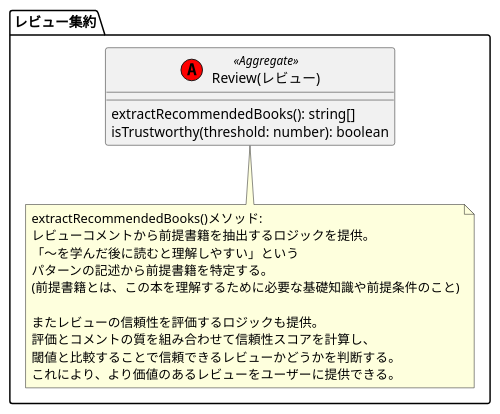
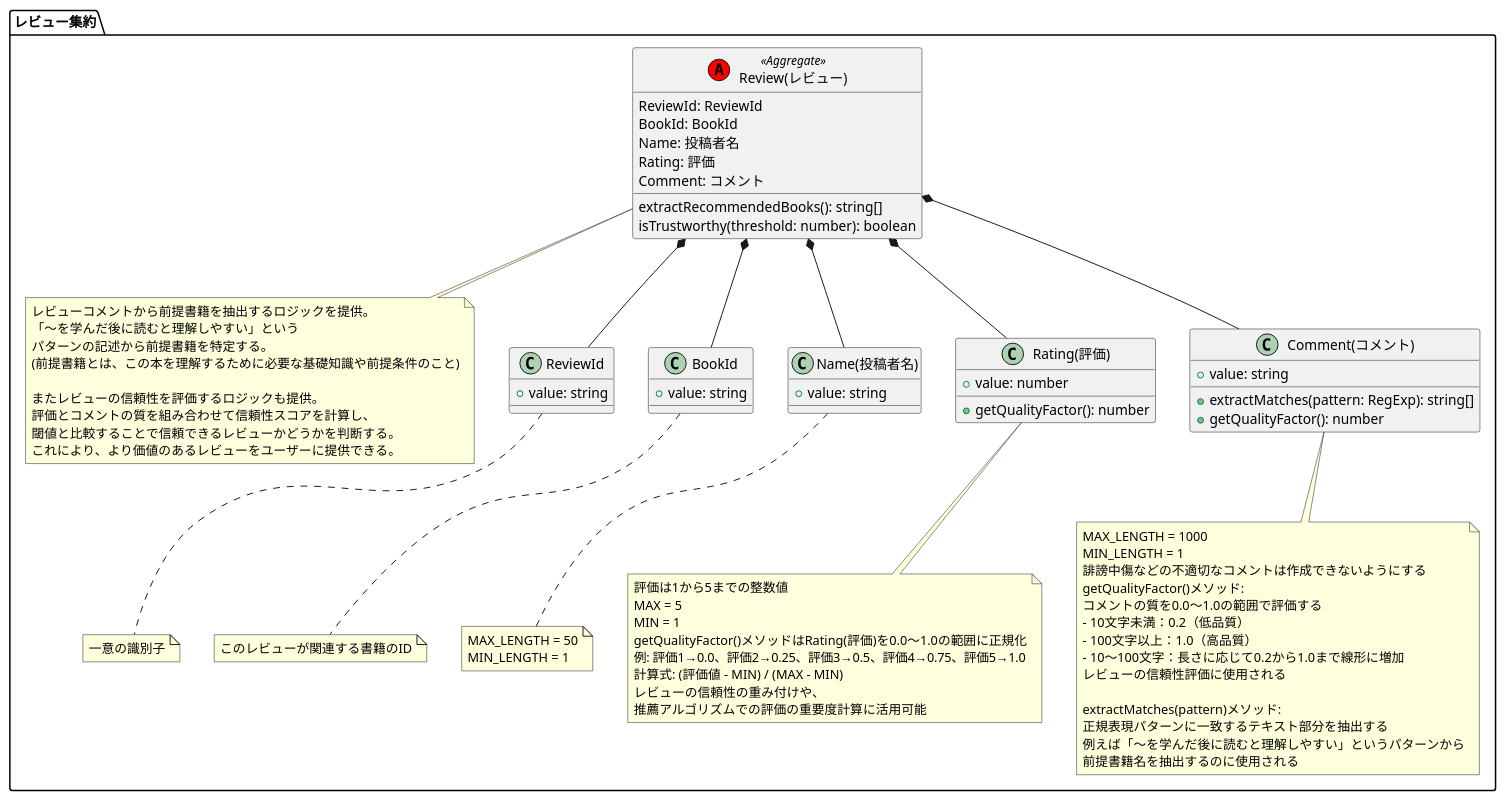
One commit to tkgakr/hands-on-ddd-introduction changed the diagram in CatalogService/Domain/models/Review/Review.pu. Above: the diagram before and after it, drawn with PlantUML. The commit also changed 1 other file, not shown here.

Commit message:
5-3-2-3 必要なインプットの特定

```diff
--- a/CatalogService/Domain/models/Review/Review.pu
+++ b/CatalogService/Domain/models/Review/Review.pu
@@ -1,23 +1,97 @@
 @startuml Review
 package "レビュー集約" {
     ' 1. 集約とポリシーの表現
     class "Review(レビュー)" as Review << (A,red) Aggregate >> {
+        ReviewId: ReviewId
+        BookId: BookId
+        Name: 投稿者名
+        Rating: 評価
+        Comment: コメント
         extractRecommendedBooks(): string[]
         isTrustworthy(threshold: number): boolean
     }
 
     ' 2. ビジネスルールの具体化
     note bottom of Review
-        extractRecommendedBooks()メソッド:
         レビューコメントから前提書籍を抽出するロジックを提供。
         「〜を学んだ後に読むと理解しやすい」という
         パターンの記述から前提書籍を特定する。
         (前提書籍とは、この本を理解するために必要な基礎知識や前提条件のこと)
 
         またレビューの信頼性を評価するロジックも提供。
         評価とコメントの質を組み合わせて信頼性スコアを計算し、
         閾値と比較することで信頼できるレビューかどうかを判断する。
         これにより、より価値のあるレビューをユーザーに提供できる。
     end note
+    ' 3. 必要なインプットの特定
+    class "ReviewId" as ReviewId {
+        + value: string
+    }
+
+    class "BookId" as BookId {
+        + value: string
+    }
+
+    class "Name(投稿者名)" as Name {
+        + value: string
+    }
+
+    class "Rating(評価)" as Rating {
+        + value: number
+        + getQualityFactor(): number
+    }
+
+    class "Comment(コメント)" as Comment {
+        + value: string
+        + extractMatches(pattern: RegExp): string[]
+        + getQualityFactor(): number
+    }
+
+    note bottom of ReviewId
+        一意の識別子
+    end note
+
+    note bottom of BookId
+        このレビューが関連する書籍のID
+    end note
+
+    note bottom of Name
+        MAX_LENGTH = 50
+        MIN_LENGTH = 1
+    end note
+
+    note bottom of Rating
+        評価は1から5までの整数値
+        MAX = 5
+        MIN = 1
+        getQualityFactor()メソッドはRating(評価)を0.0～1.0の範囲に正規化
+        例: 評価1→0.0、評価2→0.25、評価3→0.5、評価4→0.75、評価5→1.0
+        計算式: (評価値 - MIN) / (MAX - MIN)
+        レビューの信頼性の重み付けや、
+        推薦アルゴリズムでの評価の重要度計算に活用可能
+    end note
+
+    note bottom of Comment
+        MAX_LENGTH = 1000
+        MIN_LENGTH = 1
+        誹謗中傷などの不適切なコメントは作成できないようにする
+        getQualityFactor()メソッド:
+        コメントの質を0.0～1.0の範囲で評価する
+        - 10文字未満：0.2（低品質）
+        - 100文字以上：1.0（高品質）
+        - 10～100文字：長さに応じて0.2から1.0まで線形に増加
+        レビューの信頼性評価に使用される
+
+        extractMatches(pattern)メソッド:
+        正規表現パターンに一致するテキスト部分を抽出する
+        例えば「〜を学んだ後に読むと理解しやすい」というパターンから
+        前提書籍名を抽出するのに使用される
+    end note
+
+    Review *-- ReviewId
+    Review *-- BookId
+    Review *-- Name
+    Review *-- Rating
+    Review *-- Comment
 }
 @enduml
```
